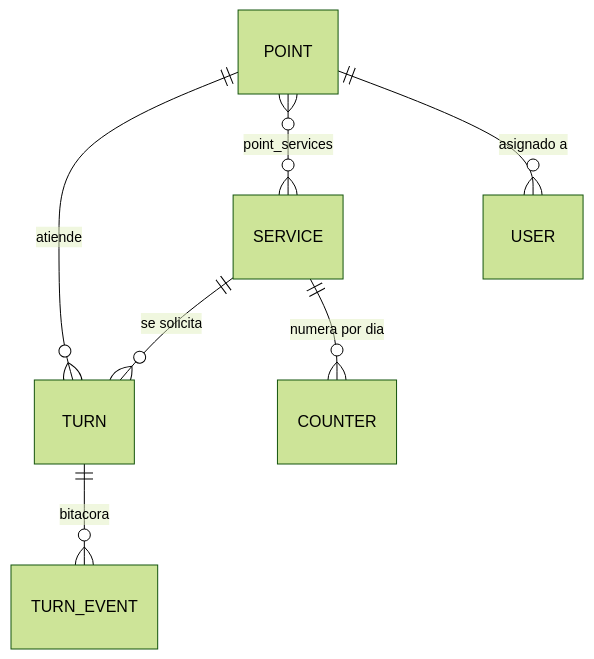
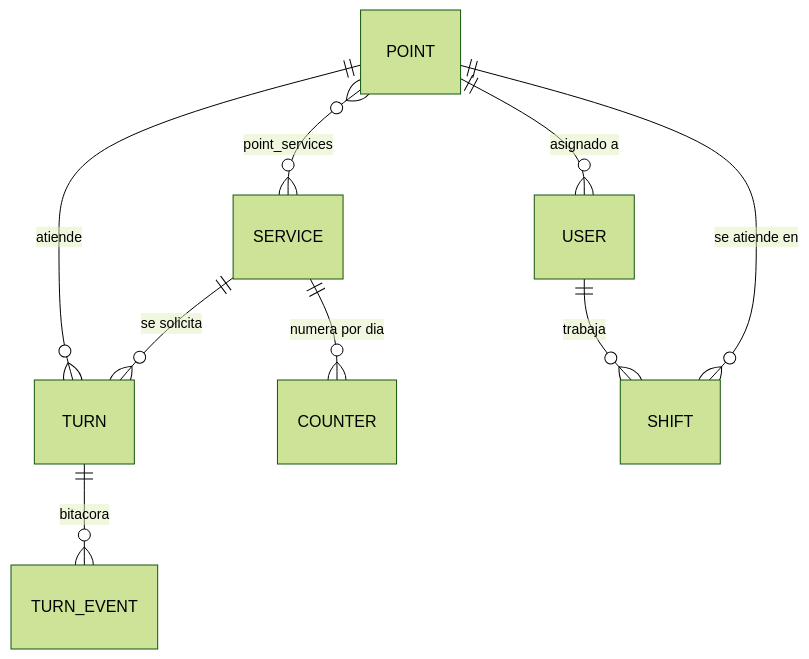
Before and after one commit to chandro-dev/Turi: the third of 4 diagrams in docs/ARQUITECTURA.md, drawn with Mermaid (forest theme). The commit also changed other lines of this file and 32 other files, not shown here.

````diff
--- a/docs/ARQUITECTURA.md
+++ b/docs/ARQUITECTURA.md
@@ -150,9 +152,11 @@
 ```mermaid
 erDiagram
     SERVICE ||--o{ TURN : "se solicita"
     POINT ||--o{ TURN : "atiende"
     POINT }o--o{ SERVICE : "point_services"
     POINT ||--o{ USER : "asignado a"
     TURN ||--o{ TURN_EVENT : "bitacora"
+    USER ||--o{ SHIFT : "trabaja"
+    POINT ||--o{ SHIFT : "se atiende en"
     SERVICE ||--o{ COUNTER : "numera por dia"
 ```
````
